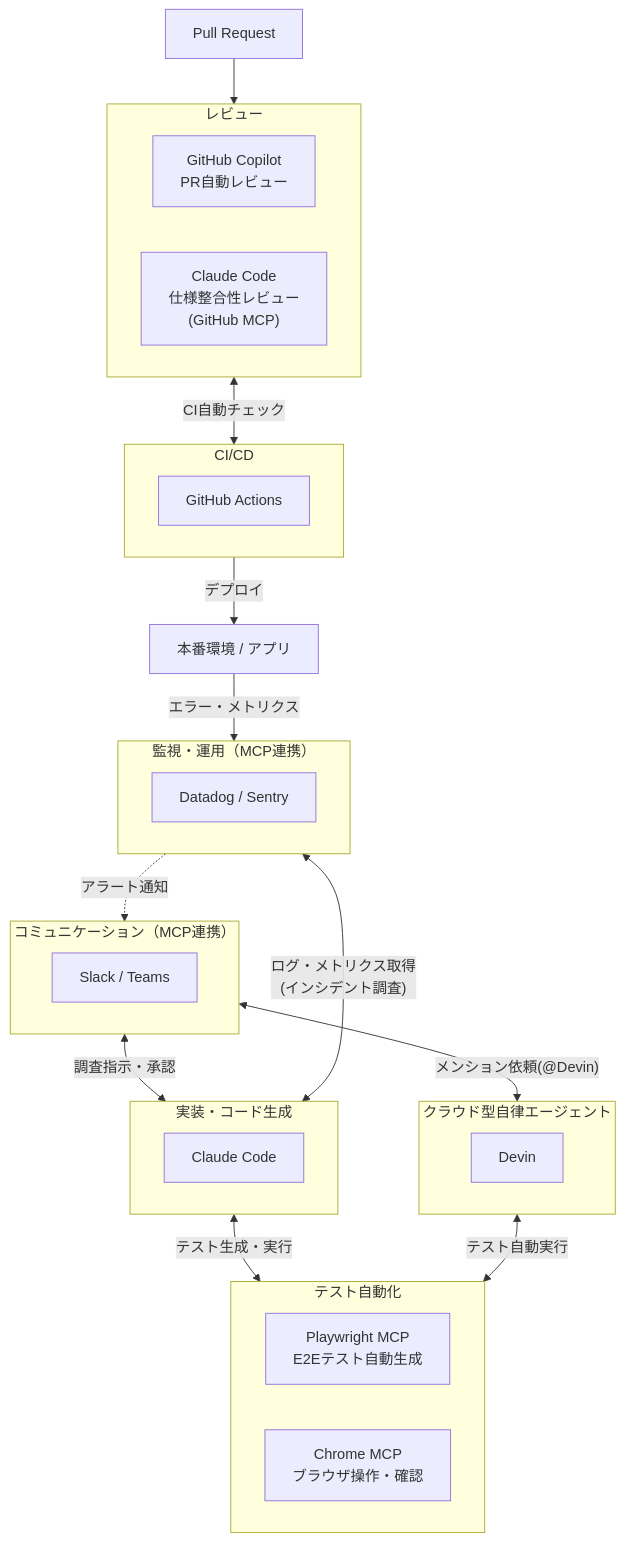
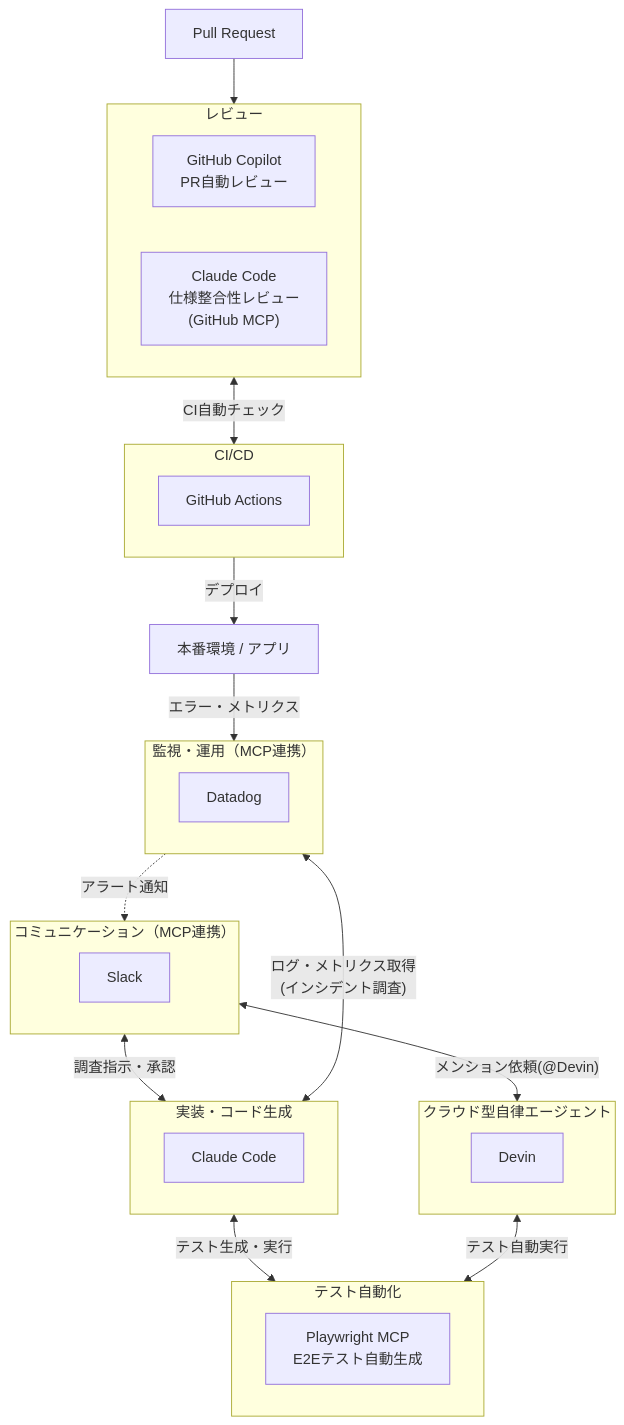
Before and after one commit to takuma39/ai: the fourth of 23 diagrams in AI駆動開発.md, drawn with Mermaid. The commit also changed other lines of this file, not shown here.

````diff
--- a/AI駆動開発.md
+++ b/AI駆動開発.md
@@ -174,47 +168,46 @@
 ```mermaid
 graph TD
     PR["Pull Request"]
 
     subgraph impl["実装・コード生成"]
         CC["Claude Code"]
     end
 
     subgraph saas_agent["クラウド型自律エージェント"]
         Devin["Devin"]
     end
 
     subgraph review["レビュー"]
         Copilot["GitHub Copilot<br/>PR自動レビュー"]
         ClaudeRev["Claude Code<br/>仕様整合性レビュー<br/>(GitHub MCP)"]
     end
 
     subgraph testing["テスト自動化"]
         PW["Playwright MCP<br/>E2Eテスト自動生成"]
-        Chrome["Chrome MCP<br/>ブラウザ操作・確認"]
     end
 
     subgraph cicd["CI/CD"]
         GHActions["GitHub Actions"]
     end
 
     subgraph monitoring["監視・運用（MCP連携）"]
-        Monitor["Datadog / Sentry"]
+        Monitor["Datadog"]
     end
 
     subgraph communication["コミュニケーション（MCP連携）"]
-        Slack["Slack / Teams"]
+        Slack["Slack"]
     end
 
     Prod["本番環境 / アプリ"]
 
     PR --> review
     impl <-->|"テスト生成・実行"| testing
     saas_agent <-->|"テスト自動実行"| testing
     review <-->|"CI自動チェック"| cicd
     cicd -->|"デプロイ"| Prod
     Prod -->|"エラー・メトリクス"| monitoring
     monitoring -.->|"アラート通知"| communication
     communication <-->|"調査指示・承認"| impl
     communication <-->|"メンション依頼(@Devin)"| saas_agent
     monitoring <-->|"ログ・メトリクス取得<br/>(インシデント調査)"| impl
 ```
````
